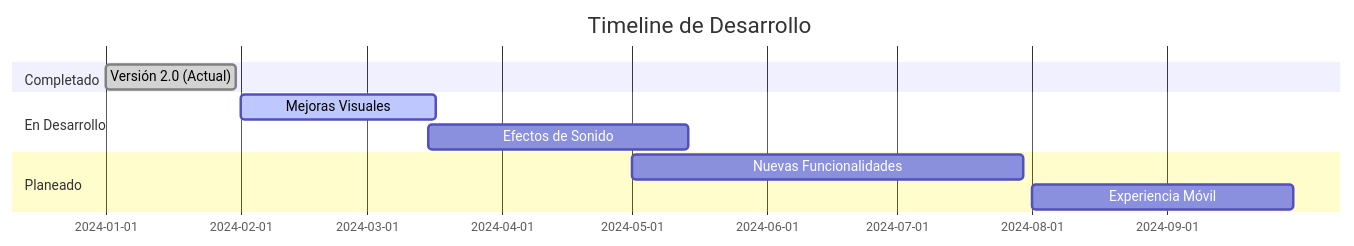
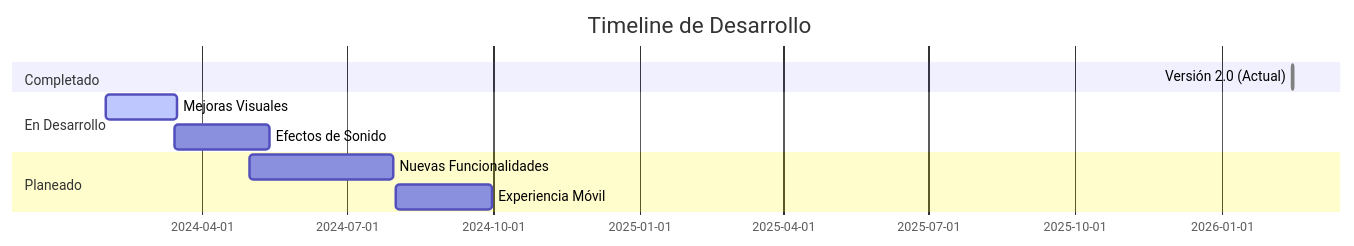
Before and after one commit to TheYinYan/Trabajo_VideoJuego_JS: the diagram in README.md, drawn with Mermaid.

Commit message:
ESTADO DEL PROYECTO

````diff
--- a/README.md
+++ b/README.md
@@ -557,13 +557,13 @@
 ```mermaid
 gantt
     title Timeline de Desarrollo
     dateFormat YYYY-MM-DD
     section Completado
-    Versión 2.0 (Actual)    :done, 2024-01-01, 30d
+    Versión 2.0 (Actual)    :done, 2026-02-14, 1d
     section En Desarrollo
     Mejoras Visuales         :active, 2024-02-01, 45d
     Efectos de Sonido        :2024-03-15, 60d
     section Planeado
     Nuevas Funcionalidades   :2024-05-01, 90d
     Experiencia Móvil        :2024-08-01, 60d
 ```
````
